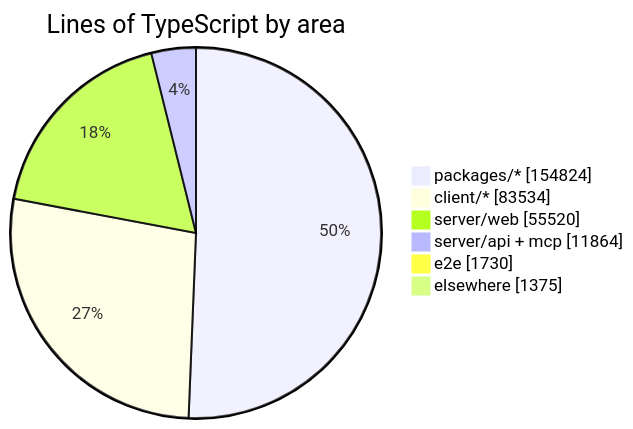
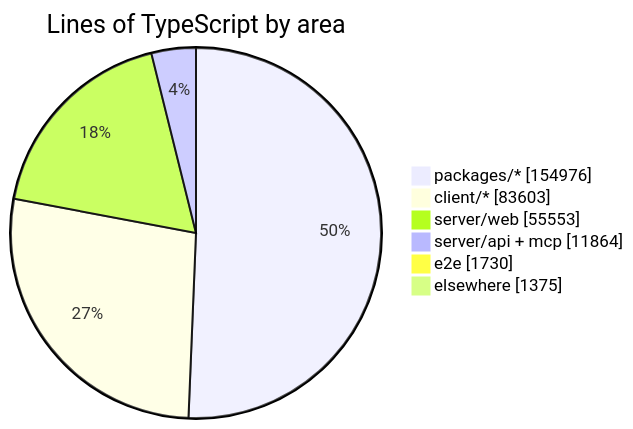
The diagram in README.md (crossworks-engineering/mantle), drawn with Mermaid before and after one commit. The commit also changed other lines of this file and 4 other files, not shown here.

````diff
--- a/README.md
+++ b/README.md
@@ -279,9 +279,9 @@
 ```mermaid
 pie showData title Lines of TypeScript by area
-    "packages/*" : 154824
-    "client/*" : 83534
-    "server/web" : 55520
+    "packages/*" : 154976
+    "client/*" : 83603
+    "server/web" : 55553
     "server/api + mcp" : 11864
     "e2e" : 1730
     "elsewhere" : 1375
 ```
````
